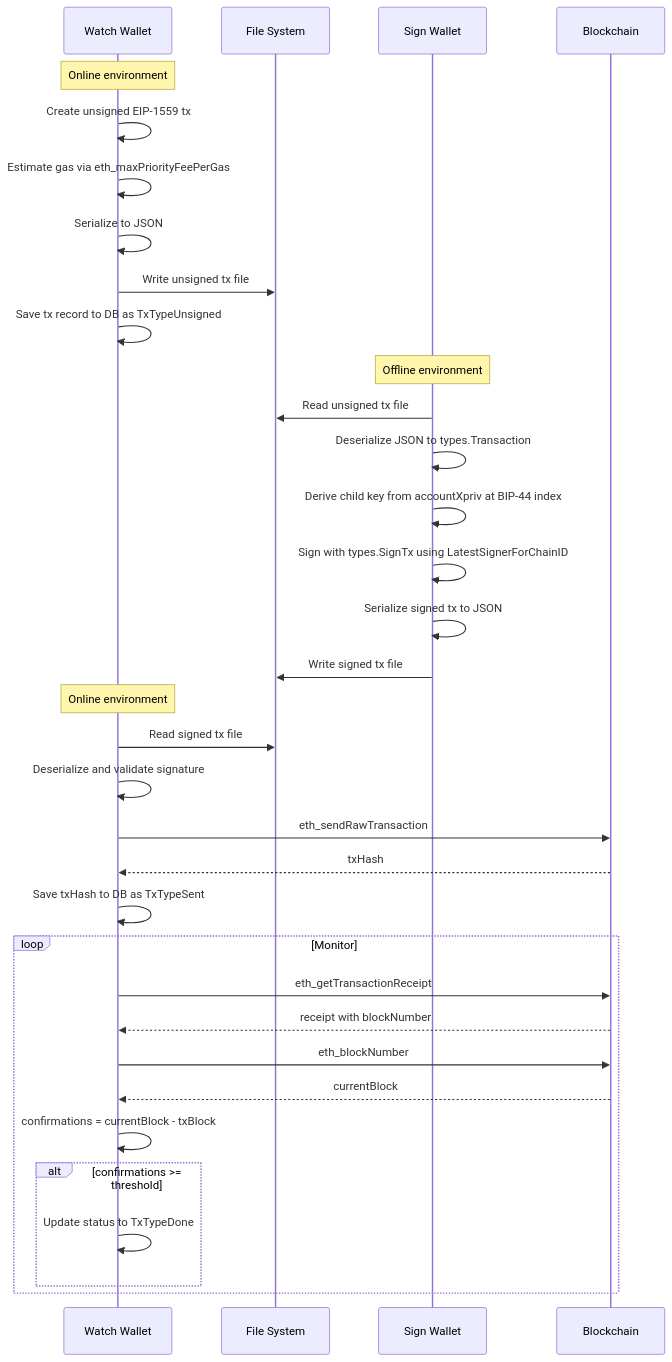
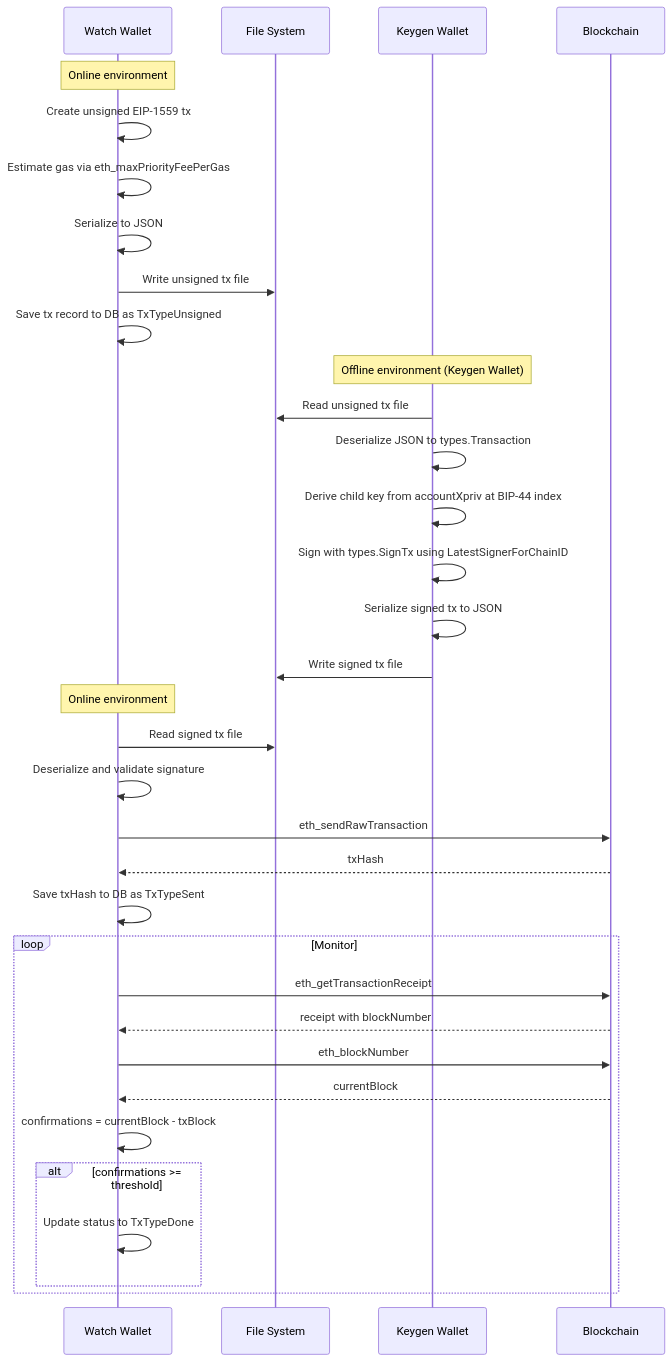
Before and after one commit to hiromaily/go-crypto-wallet: the second of 3 diagrams in .kiro/specs/eth-transaction-flow-alignment/design.md, drawn with Mermaid. The commit also changed other lines of this file and 11 other files, not shown here.

````diff
--- a/.kiro/specs/eth-transaction-flow-alignment/design.md
+++ b/.kiro/specs/eth-transaction-flow-alignment/design.md
@@ -138,40 +169,40 @@
 ```mermaid
 sequenceDiagram
     participant W as Watch Wallet
     participant FS as File System
-    participant S as Sign Wallet
+    participant K as Keygen Wallet
     participant BC as Blockchain
 
     Note over W: Online environment
     W->>W: Create unsigned EIP-1559 tx
     W->>W: Estimate gas via eth_maxPriorityFeePerGas
     W->>W: Serialize to JSON
     W->>FS: Write unsigned tx file
     W->>W: Save tx record to DB as TxTypeUnsigned
 
-    Note over S: Offline environment
-    S->>FS: Read unsigned tx file
-    S->>S: Deserialize JSON to types.Transaction
-    S->>S: Derive child key from accountXpriv at BIP-44 index
-    S->>S: Sign with types.SignTx using LatestSignerForChainID
-    S->>S: Serialize signed tx to JSON
-    S->>FS: Write signed tx file
+    Note over K: Offline environment (Keygen Wallet)
+    K->>FS: Read unsigned tx file
+    K->>K: Deserialize JSON to types.Transaction
+    K->>K: Derive child key from accountXpriv at BIP-44 index
+    K->>K: Sign with types.SignTx using LatestSignerForChainID
+    K->>K: Serialize signed tx to JSON
+    K->>FS: Write signed tx file
 
     Note over W: Online environment
     W->>FS: Read signed tx file
     W->>W: Deserialize and validate signature
     W->>BC: eth_sendRawTransaction
     BC-->>W: txHash
     W->>W: Save txHash to DB as TxTypeSent
 
     loop Monitor
         W->>BC: eth_getTransactionReceipt
         BC-->>W: receipt with blockNumber
         W->>BC: eth_blockNumber
         BC-->>W: currentBlock
         W->>W: confirmations = currentBlock - txBlock
         alt confirmations >= threshold
             W->>W: Update status to TxTypeDone
         end
     end
 ```
````
